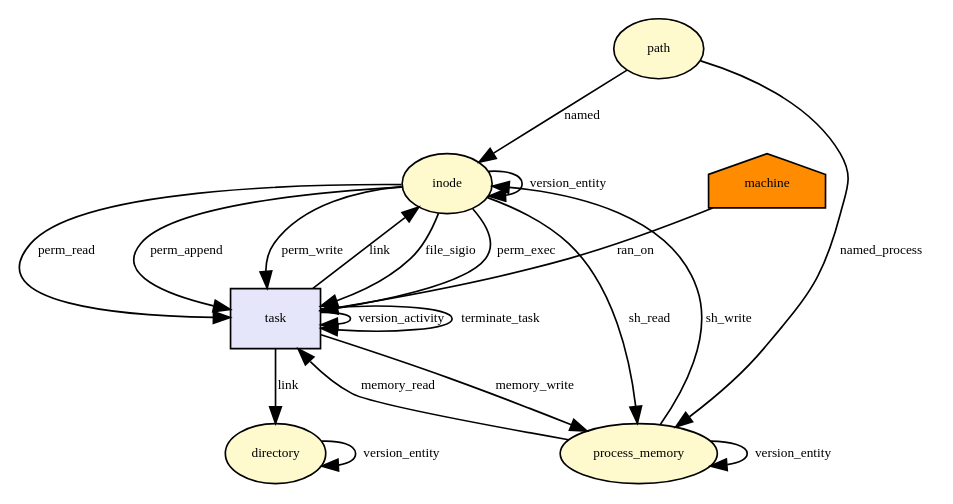
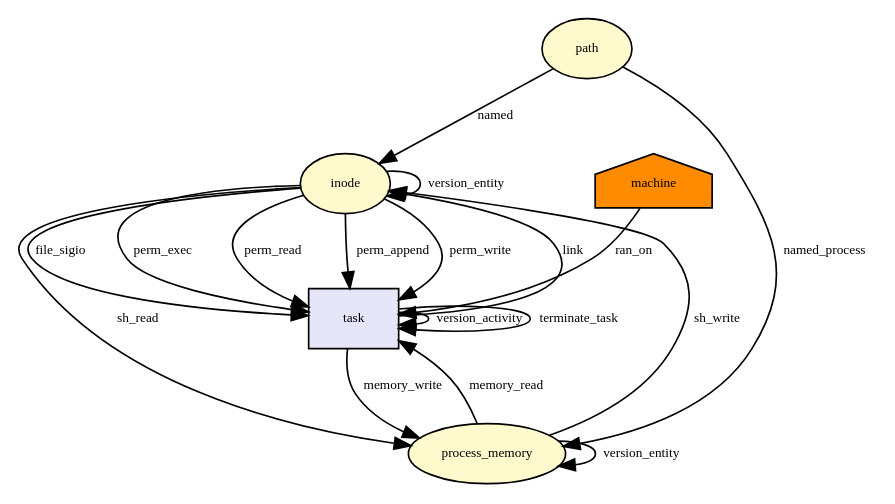
Before and after one commit to CamFlow/camflow-dev: the diagram in docs/dot/__x64_sys_link.dot, drawn with Graphviz. The commit also changed 30 other files, not shown here.

```diff
--- a/docs/dot/__x64_sys_link.dot
+++ b/docs/dot/__x64_sys_link.dot
@@ -1,51 +1,45 @@
 digraph RGL__DirectedAdjacencyGraph {inode[fontsize = 8,label = inode,shape = ellipse, fillcolor="#fffacd", style = filled]
 
 task[fontsize = 8,label = task,shape = rectangle, fillcolor="#e6e6fa", style = filled]
 
 inode -> task[fontsize = 8,label = file_sigio]
 
 process_memory[fontsize = 8,label = process_memory,shape = ellipse, fillcolor="#fffacd", style = filled]
 
 task -> process_memory[fontsize = 8,label = memory_write]
 
 task -> task[fontsize = 8,label = version_activity]
 
 process_memory -> process_memory[fontsize = 8,label = version_entity]
 
 process_memory -> inode[fontsize = 8,label = sh_write]
 
 inode -> inode[fontsize = 8,label = version_entity]
 
 path[fontsize = 8,label = path,shape = ellipse, fillcolor="#fffacd", style = filled]
 
 path -> process_memory[fontsize = 8,label = named_process]
 
 machine[fontsize = 8,label = machine,shape = house, fillcolor="#ff8c00", style = filled]
 
 machine -> task[fontsize = 8,label = ran_on]
 
 path -> inode[fontsize = 8,label = named]
 
 process_memory -> task[fontsize = 8,label = memory_read]
 
-directory[fontsize = 8,label = directory,shape = ellipse, fillcolor="#fffacd", style = filled]
-
-task -> directory[fontsize = 8,label = link]
-
-directory -> directory[fontsize = 8,label = version_entity]
+task -> inode[fontsize = 8,label = link]
 
 inode -> process_memory[fontsize = 8,label = sh_read]
-
-task -> inode[fontsize = 8,label = link]
 
 inode -> task[fontsize = 8,label = perm_exec]
 
 inode -> task[fontsize = 8,label = perm_read]
 
 inode -> task[fontsize = 8,label = perm_append]
 
 inode -> task[fontsize = 8,label = perm_write]
 
 task -> task[fontsize = 8,label = terminate_task]
 
 }
```
